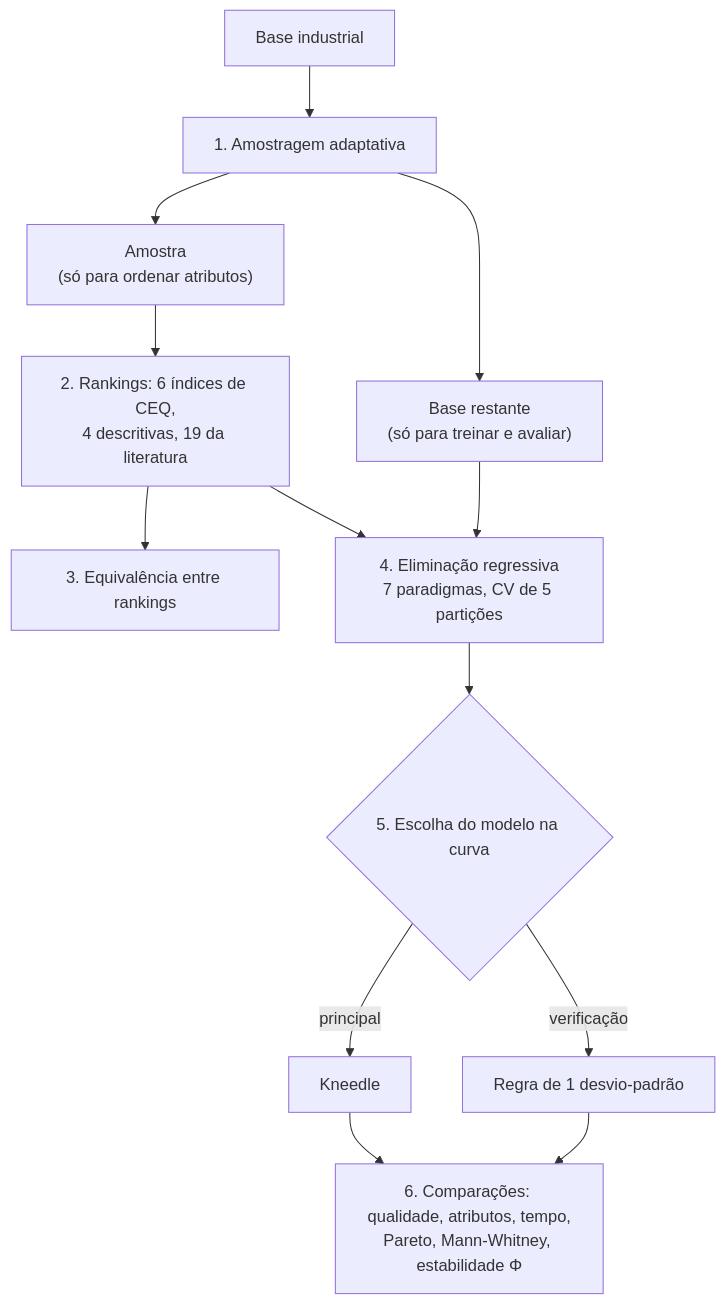
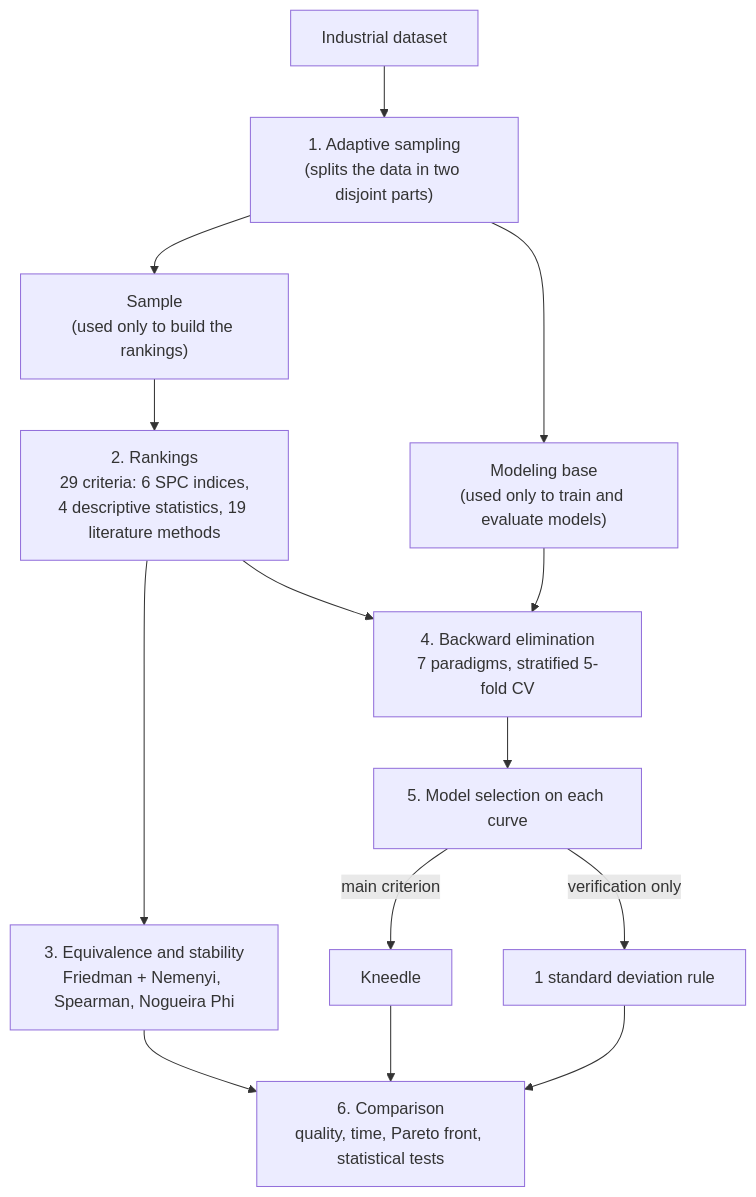
The diagram in README.md (felixjosemar/Computers-Industrial-Engineering_Artigo), drawn with Mermaid before and after one commit. The commit also changed other lines of this file, not shown here.

````diff
--- a/README.md
+++ b/README.md
@@ -45,15 +43,16 @@
 ```mermaid
 flowchart TD
-    A["Base industrial"] --> B["1. Amostragem adaptativa"]
-    B --> C["Amostra<br/>(só para ordenar atributos)"]
-    B --> D["Base restante<br/>(só para treinar e avaliar)"]
-    C --> E["2. Rankings: 6 índices de CEQ,<br/>4 descritivas, 19 da literatura"]
-    E --> F["3. Equivalência entre rankings"]
-    E --> G["4. Eliminação regressiva<br/>7 paradigmas, CV de 5 partições"]
+    A["Industrial dataset"] --> B["1. Adaptive sampling<br/>(splits the data in two disjoint parts)"]
+    B --> C["Sample<br/>(used only to build the rankings)"]
+    B --> D["Modeling base<br/>(used only to train and evaluate models)"]
+    C --> E["2. Rankings<br/>29 criteria: 6 SPC indices,<br/>4 descriptive statistics, 19 literature methods"]
+    E --> F["3. Equivalence and stability<br/>Friedman + Nemenyi, Spearman, Nogueira Phi"]
+    E --> G["4. Backward elimination<br/>7 paradigms, stratified 5-fold CV"]
     D --> G
-    G --> H{"5. Escolha do modelo na curva"}
-    H -->|"principal"| I["Kneedle"]
-    H -->|"verificação"| J["Regra de 1 desvio-padrão"]
-    I --> K["6. Comparações: qualidade, atributos, tempo,<br/>Pareto, Mann-Whitney, estabilidade Φ"]
+    G --> H["5. Model selection on each curve"]
+    H -->|"main criterion"| I["Kneedle"]
+    H -->|"verification only"| J["1 standard deviation rule"]
+    I --> K["6. Comparison<br/>quality, time, Pareto front, statistical tests"]
     J --> K
+    F --> K
 ```
````
